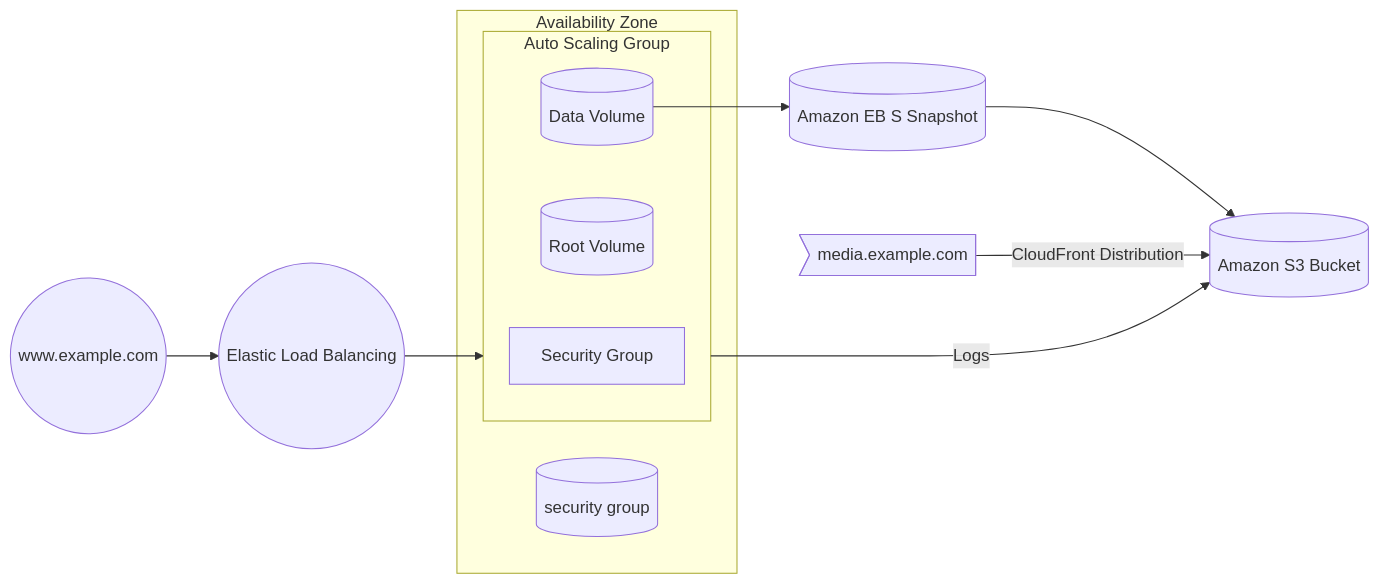
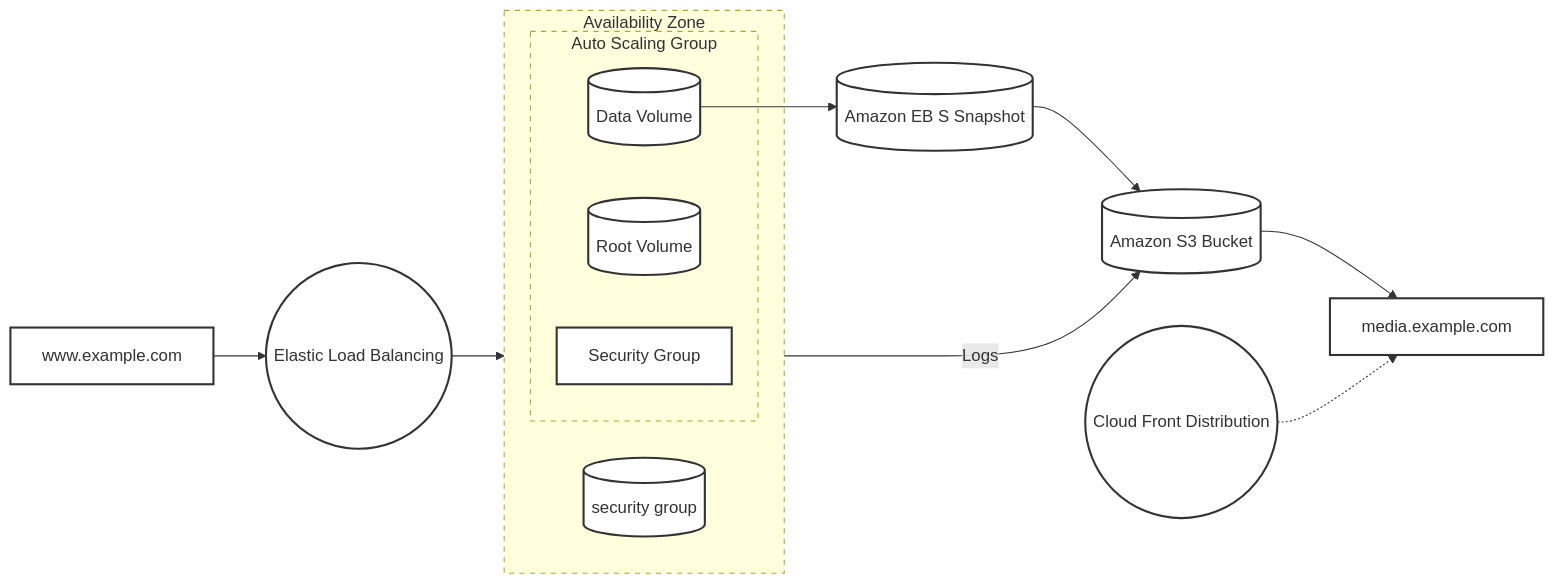
Before and after one commit to akshatk1001/CrewAI-Vision: the diagram in Non-Ollama/claude/diagram.mmd, drawn with Mermaid. The commit also changed 6 other files, not shown here.

````diff
--- a/Non-Ollama/claude/diagram.mmd
+++ b/Non-Ollama/claude/diagram.mmd
@@ -1,24 +1,33 @@
 ```mermaid
 graph LR
-    subgraph AvailabilityZone["Availability Zone"]
-        subgraph AutoScalingGroup["Auto Scaling Group"]
-            SecurityGroup["Security Group"]
-            RootVolume[("Root Volume")]
-            DataVolume[("Data Volume")]
+    subgraph AZ["Availability Zone"]
+        subgraph ASG["Auto Scaling Group"]
+            SG["Security Group"]
+            RV[("Root Volume")]
+            DV[("Data Volume")]
         end
-        SecurityGroupLower[(security group)]
+        MSG[("security group")]
     end
-
-    WWW((www.example.com))
+    
+    WWW["www.example.com"]
     ELB((Elastic Load Balancing))
-    MEDIA>media.example.com]
-    EBSSnapshot[(Amazon EB S Snapshot)]
-    S3[("Amazon S3 Bucket")]
-
+    EBSS[(Amazon EB S Snapshot)]
+    S3[(Amazon S3 Bucket)]
+    CFD((Cloud Front Distribution))
+    MEDIA["media.example.com"]
+    
     WWW --> ELB
-    ELB --> AutoScalingGroup
-    AutoScalingGroup --> |Logs| S3
-    DataVolume --> EBSSnapshot
-    EBSSnapshot --> S3
-    MEDIA --> |CloudFront Distribution| S3
+    ELB --> AZ
+    DV --> EBSS
+    EBSS --> S3
+    AZ -- Logs --> S3
+    S3 --> MEDIA
+    CFD -.-> MEDIA
+    
+    classDef default fill:#fff,stroke:#333,stroke-width:2px;
+    classDef az stroke-dasharray: 5 5;
+    classDef asg stroke-dasharray: 5 5;
+    
+    class AZ az;
+    class ASG asg;
 ```
````
